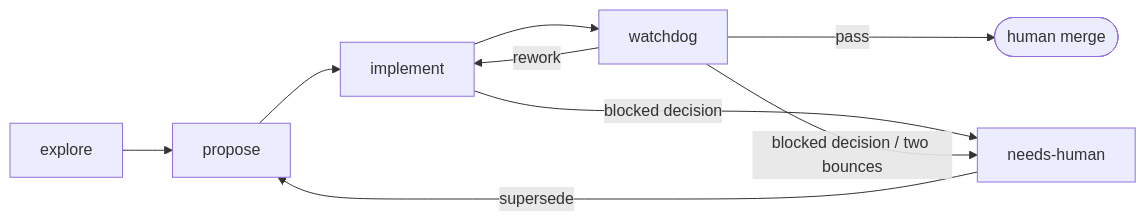
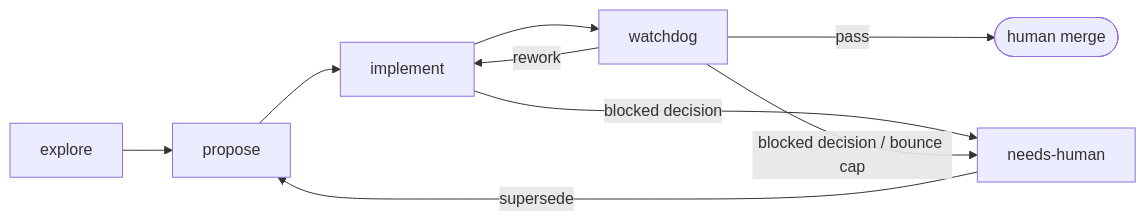
Before and after one commit to vicrdguez/skills: the diagram in README.md, drawn with Mermaid. The commit also changed 5 other files, not shown here.

````diff
--- a/README.md
+++ b/README.md
@@ -22,9 +22,9 @@
 ```mermaid
 flowchart LR
     explore[explore] --> propose[propose] --> implement[implement] --> watchdog[watchdog]
     watchdog -->|pass| merge([human merge])
     watchdog -->|rework| implement
     implement -->|blocked decision| human[needs-human]
-    watchdog -->|blocked decision / two bounces| human
-    human -->|supersede | propose
+    watchdog -->|blocked decision / bounce cap| human
+    human -->|supersede| propose
 ```
````
